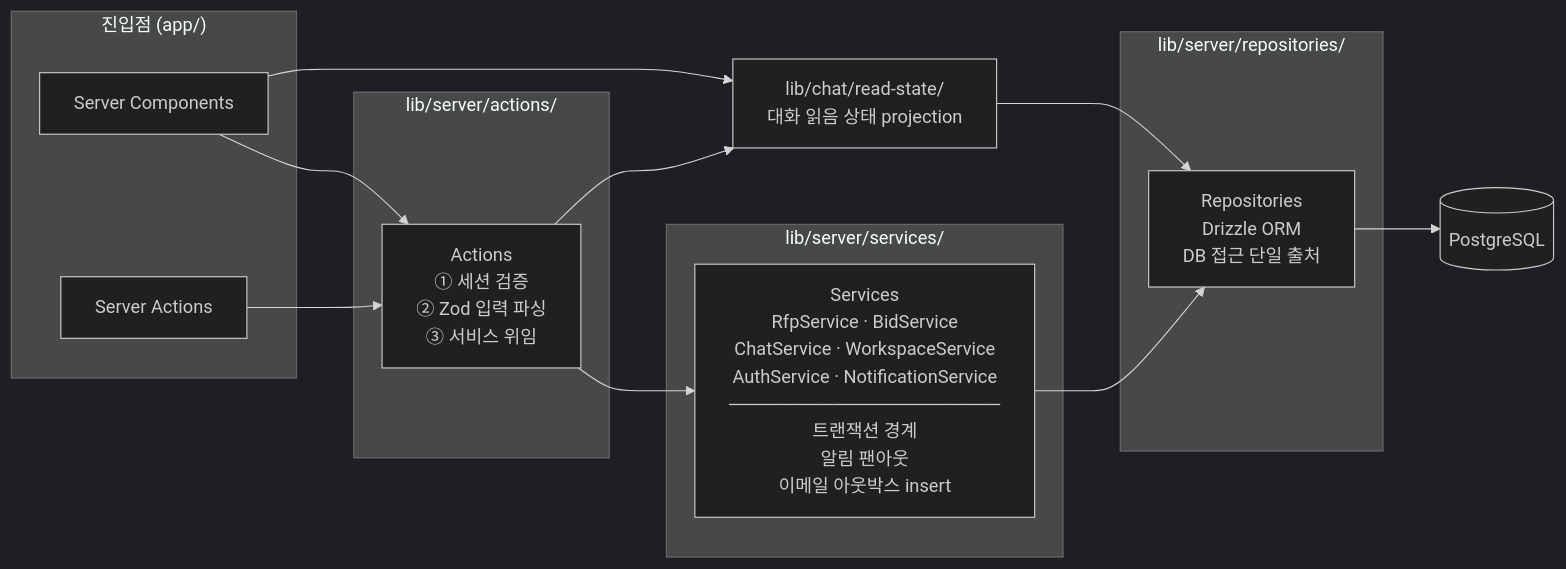
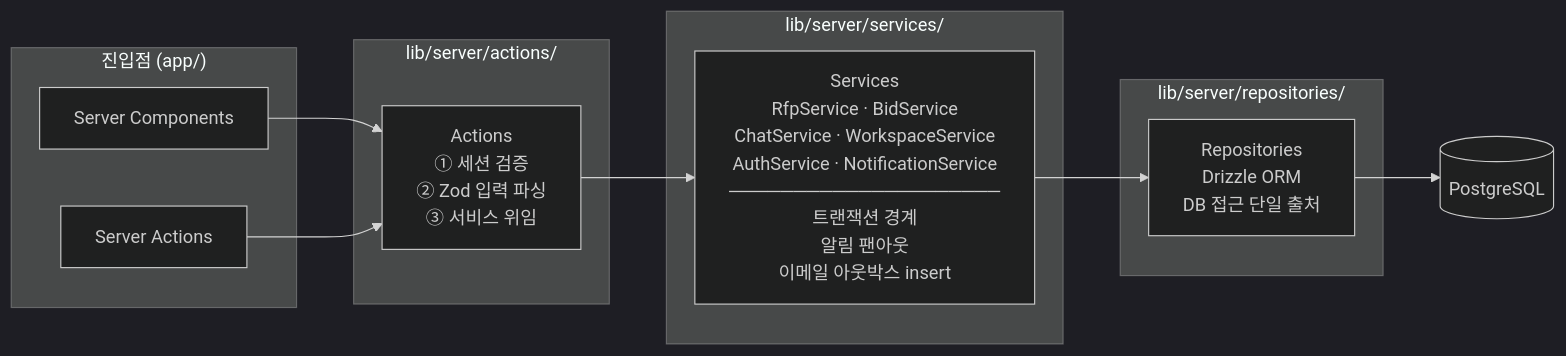
One commit to bothsides-platform-dev/supporter-b changed the second of 3 diagrams in README.md. Above: the diagram before and after it, drawn with Mermaid (dark theme).

Commit message:
docs: keep architecture diagram advisory-only

````diff
--- a/README.md
+++ b/README.md
@@ -60,30 +60,26 @@
 ```mermaid
 graph LR
     subgraph Entry["진입점 (app/)"]
         RSC2["Server Components"]
         SA2["Server Actions"]
     end
 
     subgraph Actions["lib/server/actions/"]
         ACT["Actions\n① 세션 검증\n② Zod 입력 파싱\n③ 서비스 위임"]
     end
 
     subgraph Services["lib/server/services/"]
         SVC["Services\nRfpService · BidService\nChatService · WorkspaceService\nAuthService · NotificationService\n─────────────────────\n트랜잭션 경계\n알림 팬아웃\n이메일 아웃박스 insert"]
     end
 
-    READ["lib/chat/read-state/\n대화 읽음 상태 projection"]
-
     subgraph Repositories["lib/server/repositories/"]
         REPO["Repositories\nDrizzle ORM\nDB 접근 단일 출처"]
     end
 
     DB[("PostgreSQL")]
 
     RSC2 & SA2 --> ACT
     ACT --> SVC
-    RSC2 & ACT --> READ
     SVC --> REPO
-    READ --> REPO
     REPO --> DB
 ```
````
